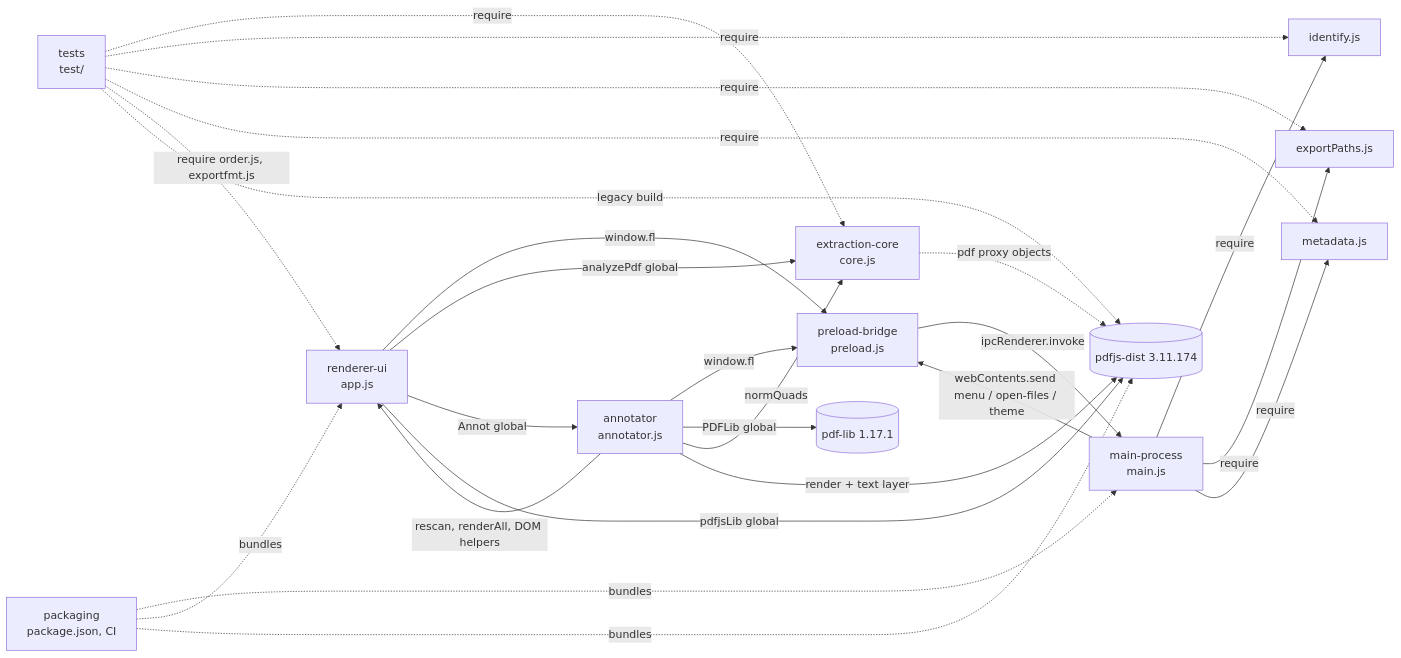
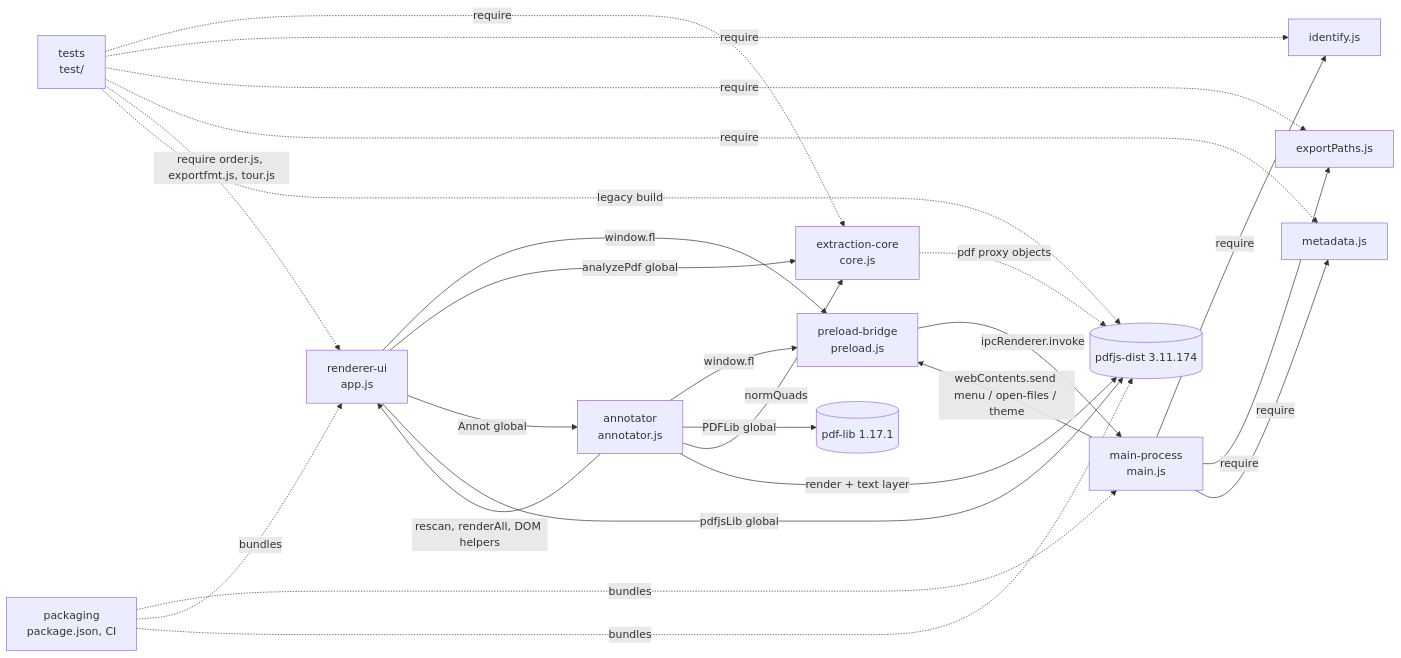
Before and after one commit to Lefarious/Faelights: the diagram in docs/atlas/ATLAS.md, drawn with Mermaid. The commit also changed other lines of this file and 6 other files, not shown here.

````diff
--- a/docs/atlas/ATLAS.md
+++ b/docs/atlas/ATLAS.md
@@ -23,22 +23,22 @@
 ```mermaid
 graph LR
   UI[renderer-ui<br/>app.js] -->|window.fl| PRE[preload-bridge<br/>preload.js]
   PRE -->|ipcRenderer.invoke| MAIN[main-process<br/>main.js]
   MAIN -->|webContents.send menu / open-files / theme| PRE
   UI -->|analyzePdf global| CORE[extraction-core<br/>core.js]
   UI -->|Annot global| ANN[annotator<br/>annotator.js]
   ANN -->|rescan, renderAll, DOM helpers| UI
   ANN -->|window.fl| PRE
   ANN -->|PDFLib global| PDFLIB[(pdf-lib 1.17.1)]
   ANN -->|normQuads| CORE
   ANN -->|render + text layer| PDFJS
   UI -->|pdfjsLib global| PDFJS[(pdfjs-dist 3.11.174)]
   CORE -.->|pdf proxy objects| PDFJS
   MAIN -->|require| ID[identify.js]
   MAIN -->|require| EP[exportPaths.js]
   MAIN -->|require| MD[metadata.js]
   TEST[tests<br/>test/] -.->|require| CORE & ID & EP & MD
-  TEST -.->|require order.js, exportfmt.js| UI
+  TEST -.->|require order.js, exportfmt.js, tour.js| UI
   TEST -.->|legacy build| PDFJS
   PKG[packaging<br/>package.json, CI] -.->|bundles| MAIN & UI & PDFJS
 ```
````
